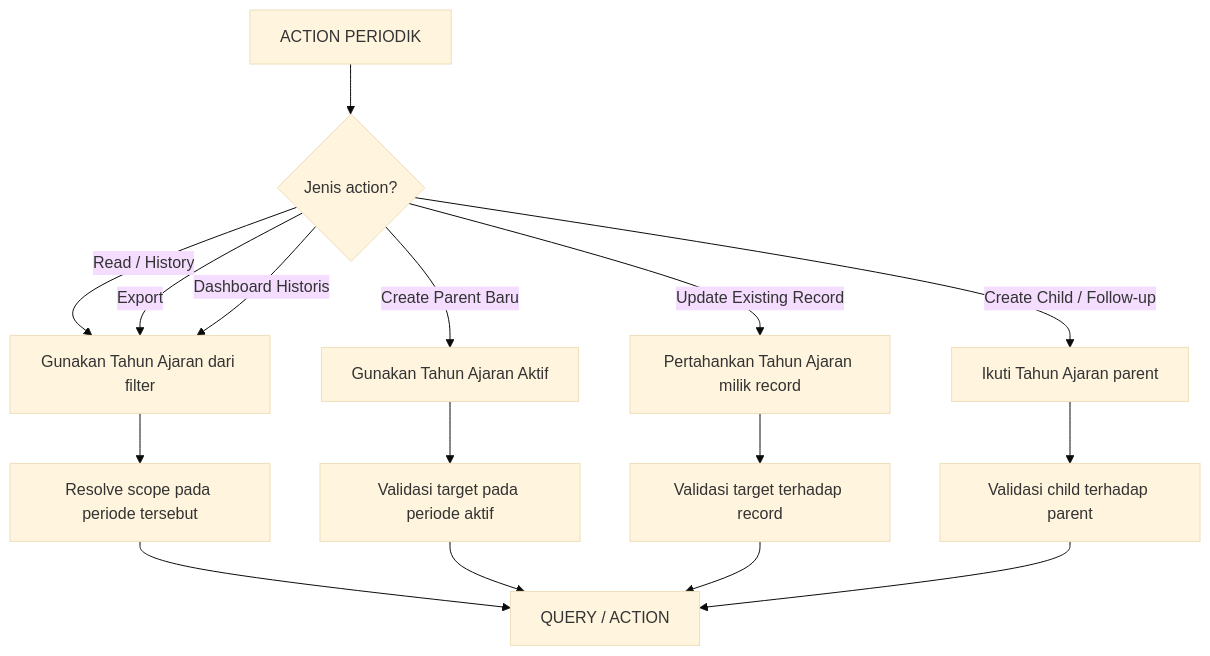
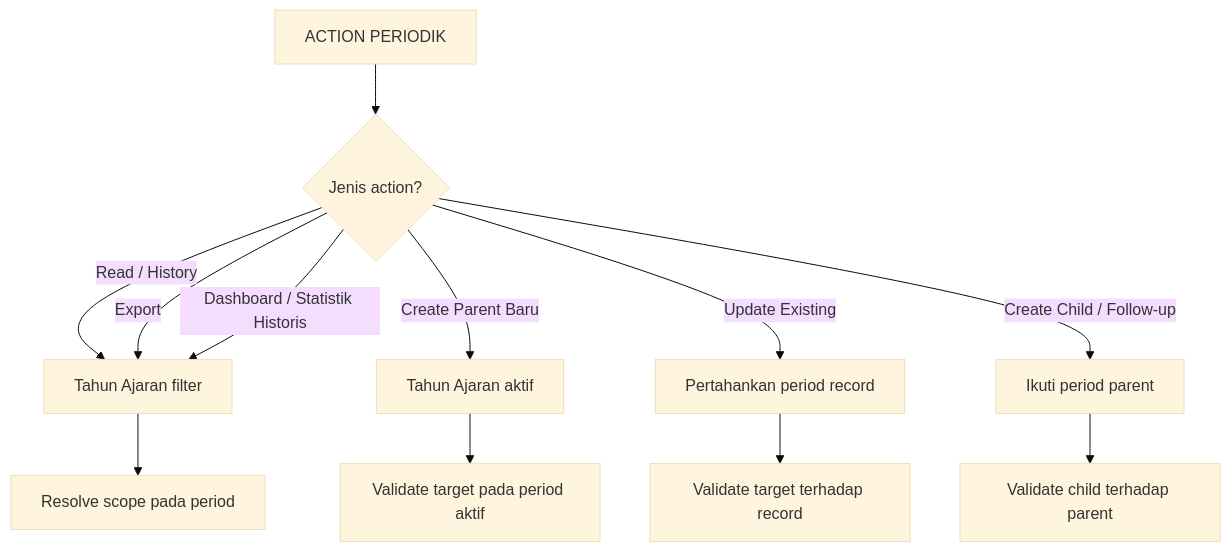
Before and after one commit to Al-Faroz/sisfour_dev_v2: the seventh of 13 diagrams in docs/00A_GLOBAL_STANDARD_SISFOUR.md, drawn with Mermaid (base theme). The commit also changed other lines of this file, not shown here.

````diff
--- a/docs/00A_GLOBAL_STANDARD_SISFOUR.md
+++ b/docs/00A_GLOBAL_STANDARD_SISFOUR.md
@@ -533,22 +341,17 @@
 ```mermaid
 flowchart TD
     A["ACTION PERIODIK"] --> B{"Jenis action?"}
 
-    B -- "Read / History" --> C["Gunakan Tahun Ajaran dari filter"]
+    B -- "Read / History" --> C["Tahun Ajaran filter"]
     B -- "Export" --> C
-    B -- "Dashboard Historis" --> C
+    B -- "Dashboard / Statistik Historis" --> C
 
-    B -- "Create Parent Baru" --> D["Gunakan Tahun Ajaran Aktif"]
-    B -- "Update Existing Record" --> E["Pertahankan Tahun Ajaran milik record"]
-    B -- "Create Child / Follow-up" --> F["Ikuti Tahun Ajaran parent"]
+    B -- "Create Parent Baru" --> D["Tahun Ajaran aktif"]
+    B -- "Update Existing" --> E["Pertahankan period record"]
+    B -- "Create Child / Follow-up" --> F["Ikuti period parent"]
 
-    C --> G["Resolve scope pada periode tersebut"]
-    D --> H["Validasi target pada periode aktif"]
-    E --> I["Validasi target terhadap record"]
-    F --> J["Validasi child terhadap parent"]
-
-    G --> K["QUERY / ACTION"]
-    H --> K
-    I --> K
-    J --> K
+    C --> G["Resolve scope pada period"]
+    D --> H["Validate target pada period aktif"]
+    E --> I["Validate target terhadap record"]
+    F --> J["Validate child terhadap parent"]
 ```
````
